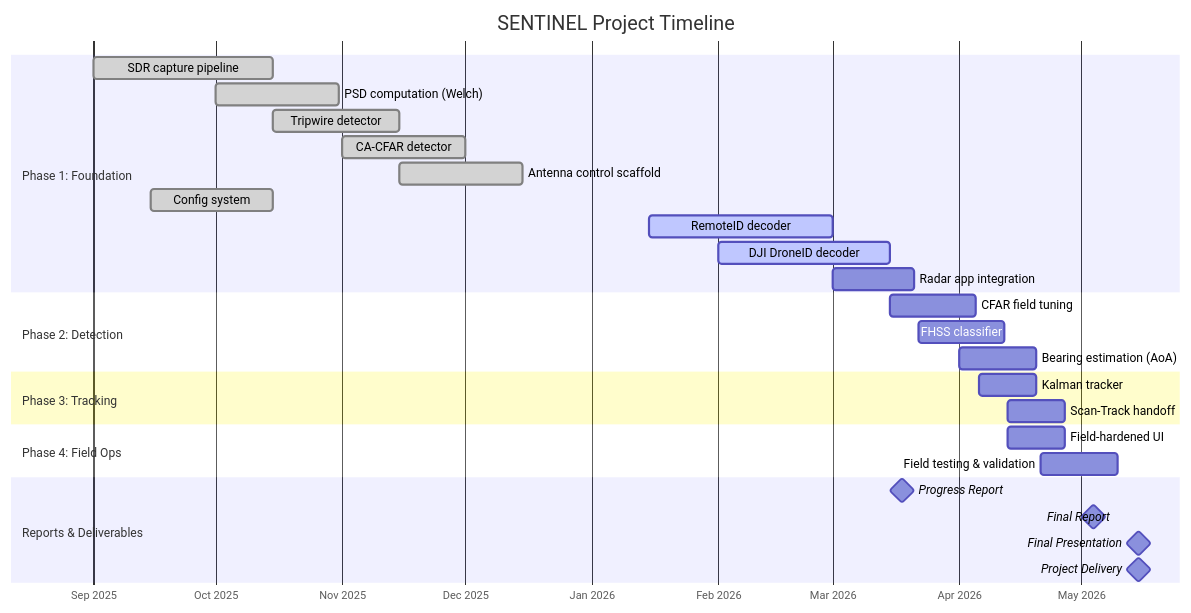
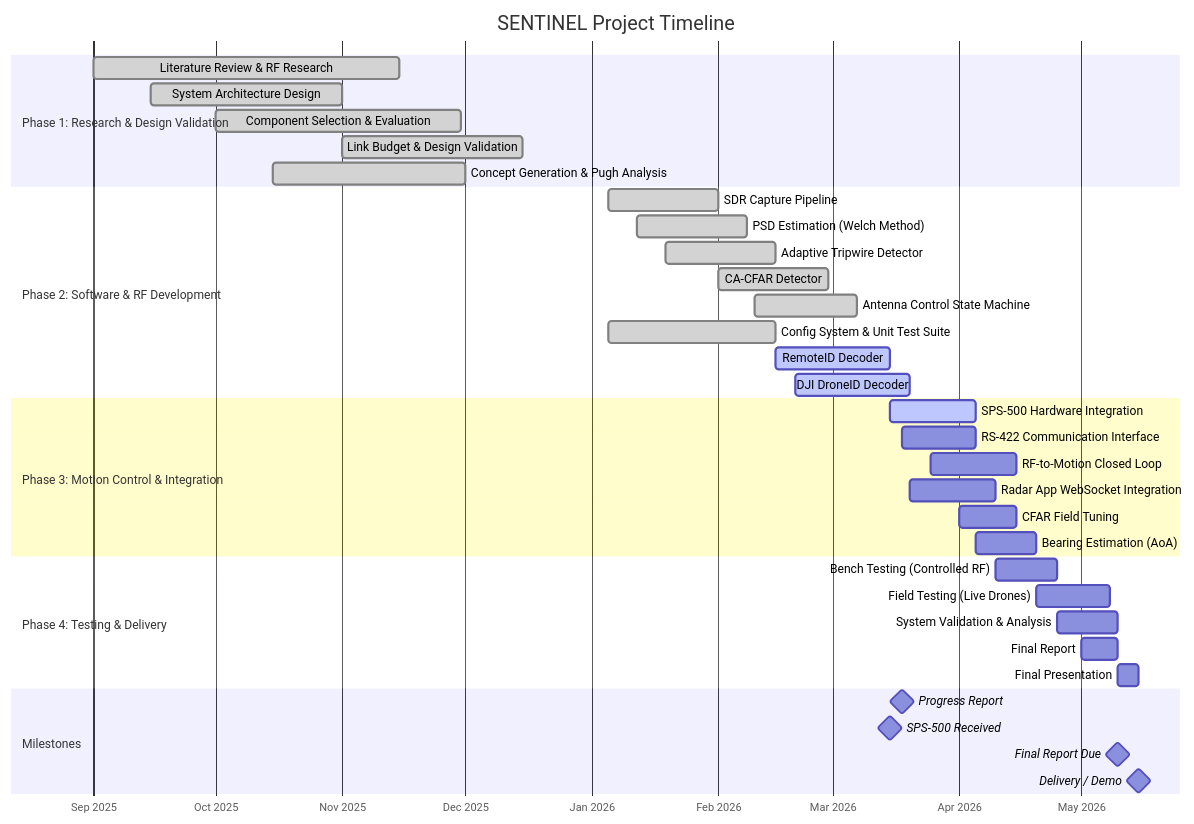
Before and after one commit to sschu48/senior-design: the diagram in report/mermaid_diagrams/mermaid_src/fig7_gantt_chart.mermaid, drawn with Mermaid. The commit also changed 2 other files, not shown here.

Commit message:
docs: update progress report and gantt chart

```diff
--- a/report/mermaid_diagrams/mermaid_src/fig7_gantt_chart.mermaid
+++ b/report/mermaid_diagrams/mermaid_src/fig7_gantt_chart.mermaid
@@ -1,34 +1,42 @@
 gantt
     title SENTINEL Project Timeline
     dateFormat  YYYY-MM-DD
     axisFormat  %b %Y
 
-    section Phase 1: Foundation
-    SDR capture pipeline          :done, p1a, 2025-09-01, 2025-10-15
-    PSD computation (Welch)       :done, p1b, 2025-10-01, 2025-10-31
-    Tripwire detector             :done, p1c, 2025-10-15, 2025-11-15
-    CA-CFAR detector              :done, p1d, 2025-11-01, 2025-12-01
-    Antenna control scaffold      :done, p1e, 2025-11-15, 2025-12-15
-    Config system                 :done, p1f, 2025-09-15, 2025-10-15
-    RemoteID decoder              :active, p1g, 2026-01-15, 2026-03-01
-    DJI DroneID decoder           :active, p1h, 2026-02-01, 2026-03-15
-    Radar app integration         :p1i, 2026-03-01, 2026-03-21
+    section Phase 1: Research & Design Validation
+    Literature Review & RF Research         :done, r1, 2025-09-01, 2025-11-15
+    System Architecture Design              :done, r2, 2025-09-15, 2025-11-01
+    Component Selection & Evaluation        :done, r3, 2025-10-01, 2025-11-30
+    Link Budget & Design Validation         :done, r4, 2025-11-01, 2025-12-15
+    Concept Generation & Pugh Analysis      :done, r5, 2025-10-15, 2025-12-01
 
-    section Phase 2: Detection
-    CFAR field tuning             :p2a, 2026-03-15, 2026-04-05
-    FHSS classifier               :p2b, 2026-03-22, 2026-04-12
-    Bearing estimation (AoA)      :p2c, 2026-04-01, 2026-04-20
+    section Phase 2: Software & RF Development
+    SDR Capture Pipeline                    :done, s1, 2026-01-05, 2026-02-01
+    PSD Estimation (Welch Method)           :done, s2, 2026-01-12, 2026-02-08
+    Adaptive Tripwire Detector              :done, s3, 2026-01-19, 2026-02-15
+    CA-CFAR Detector                        :done, s4, 2026-02-01, 2026-02-28
+    Antenna Control State Machine           :done, s5, 2026-02-10, 2026-03-07
+    Config System & Unit Test Suite         :done, s6, 2026-01-05, 2026-02-15
+    RemoteID Decoder                        :active, s7, 2026-02-15, 2026-03-15
+    DJI DroneID Decoder                     :active, s8, 2026-02-20, 2026-03-20
 
-    section Phase 3: Tracking
-    Kalman tracker                :p3a, 2026-04-06, 2026-04-20
-    Scan-Track handoff            :p3b, 2026-04-13, 2026-04-27
+    section Phase 3: Motion Control & Integration
+    SPS-500 Hardware Integration            :active, m1, 2026-03-15, 2026-04-05
+    RS-422 Communication Interface          :m2, 2026-03-18, 2026-04-05
+    RF-to-Motion Closed Loop                :m3, 2026-03-25, 2026-04-15
+    Radar App WebSocket Integration         :m4, 2026-03-20, 2026-04-10
+    CFAR Field Tuning                       :m5, 2026-04-01, 2026-04-15
+    Bearing Estimation (AoA)                :m6, 2026-04-05, 2026-04-20
 
-    section Phase 4: Field Ops
-    Field-hardened UI             :p4a, 2026-04-13, 2026-04-27
-    Field testing & validation    :p4b, 2026-04-21, 2026-05-10
+    section Phase 4: Testing & Delivery
+    Bench Testing (Controlled RF)           :t1, 2026-04-10, 2026-04-25
+    Field Testing (Live Drones)             :t2, 2026-04-20, 2026-05-08
+    System Validation & Analysis            :t3, 2026-04-25, 2026-05-10
+    Final Report                            :t4, 2026-05-01, 2026-05-10
+    Final Presentation                      :t5, 2026-05-10, 2026-05-15
 
-    section Reports & Deliverables
-    Progress Report               :milestone, m1, 2026-03-18, 0d
-    Final Report                  :milestone, m2, 2026-05-04, 0d
-    Final Presentation            :milestone, m3, 2026-05-15, 0d
-    Project Delivery              :milestone, m4, 2026-05-15, 0d
+    section Milestones
+    Progress Report                         :milestone, mp1, 2026-03-18, 0d
+    SPS-500 Received                        :milestone, mp2, 2026-03-15, 0d
+    Final Report Due                        :milestone, mp3, 2026-05-10, 0d
+    Delivery / Demo                         :milestone, mp4, 2026-05-15, 0d
```
